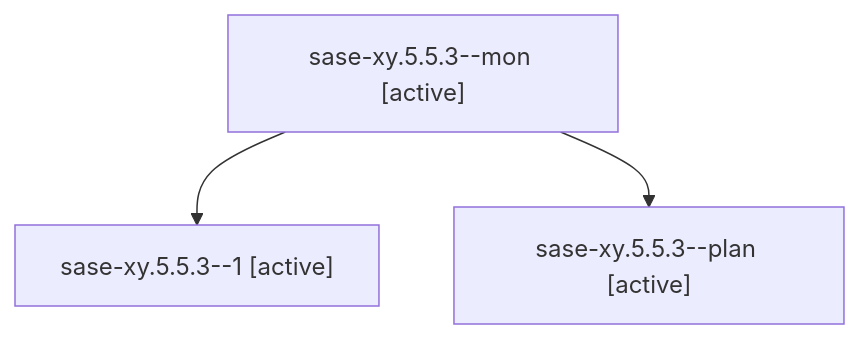
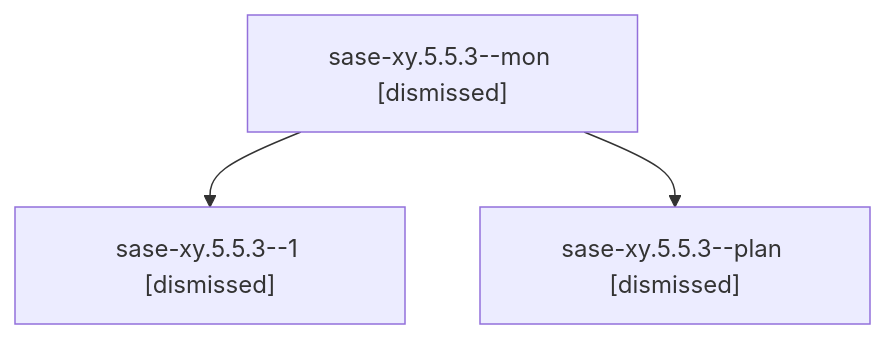
One commit to sase-org/sase--agents changed the diagram in sessions/bbugyi200.athena.sase-xy.5.5.3.md. Above: the diagram before and after it, drawn with Mermaid. The commit also changed other lines of this file and 206 other files, not shown here.

````diff
--- a/sessions/bbugyi200.athena.sase-xy.5.5.3.md
+++ b/sessions/bbugyi200.athena.sase-xy.5.5.3.md
@@ -9,8 +9,8 @@
 ```mermaid
 flowchart TD
-  n0["sase-xy.5.5.3--mon [active]"]
-  n1["sase-xy.5.5.3--1 [active]"]
+  n0["sase-xy.5.5.3--mon [dismissed]"]
+  n1["sase-xy.5.5.3--1 [dismissed]"]
   n0 --> n1
-  n2["sase-xy.5.5.3--plan [active]"]
+  n2["sase-xy.5.5.3--plan [dismissed]"]
   n0 --> n2
 ```
````
